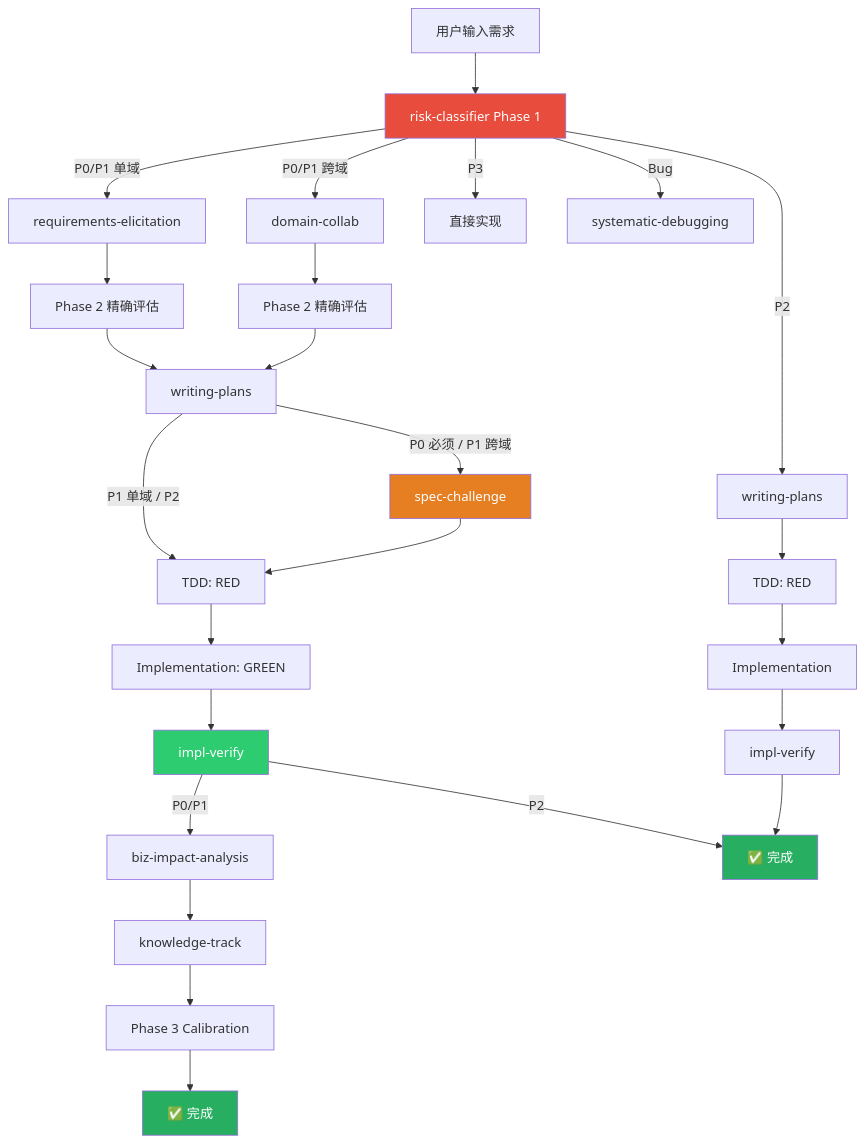
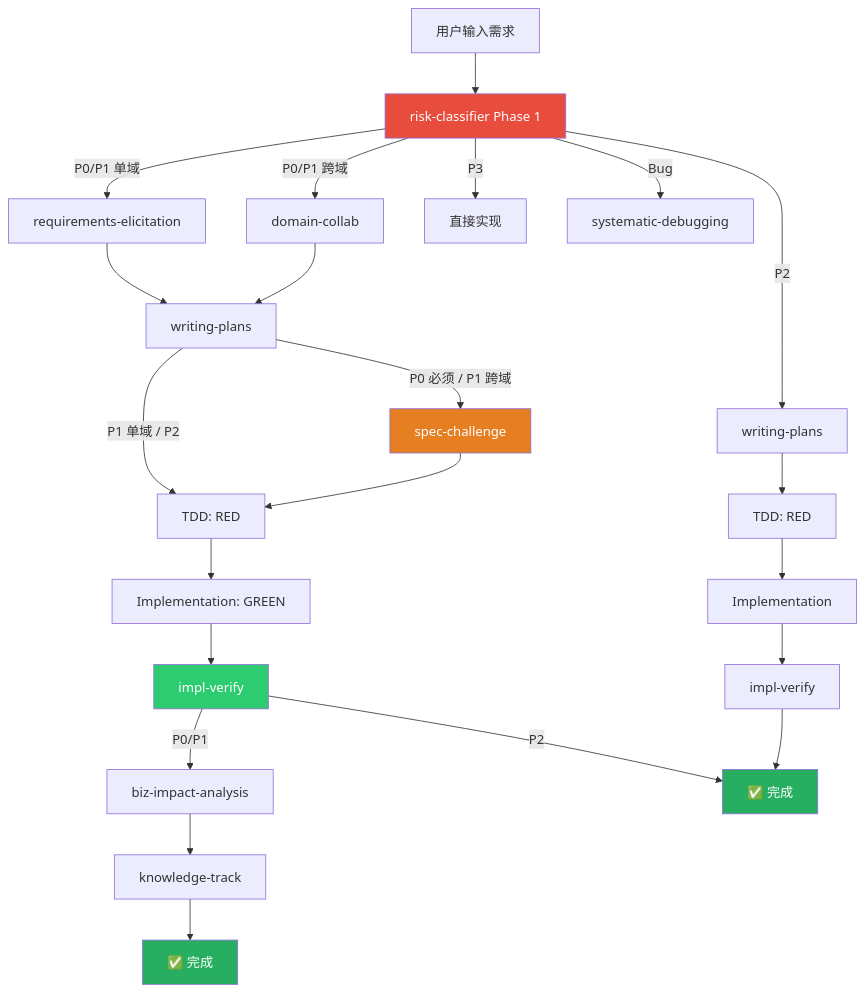
Before and after one commit to Aimeerrhythm/enterprise-change-workflow: the first of 9 diagrams in docs/workflow-execution-flow.md, drawn with Mermaid. The commit also changed other lines of this file and 13 other files, not shown here.

````diff
--- a/docs/workflow-execution-flow.md
+++ b/docs/workflow-execution-flow.md
@@ -11,33 +11,30 @@
 ```mermaid
 flowchart TD
     REQ[用户输入需求] --> RC[risk-classifier Phase 1]
     RC --> |P0/P1 单域| RE[requirements-elicitation]
     RC --> |P0/P1 跨域| DC[domain-collab]
     RC --> |P2| WP2[writing-plans]
     RC --> |P3| IMPL3[直接实现]
     RC --> |Bug| SD[systematic-debugging]
 
-    RE --> PH2A[Phase 2 精确评估]
-    DC --> PH2B[Phase 2 精确评估]
-    PH2A --> WP[writing-plans]
-    PH2B --> WP
+    RE --> WP[writing-plans]
+    DC --> WP
 
     WP --> |P0 必须 / P1 跨域| SC[spec-challenge]
     WP --> |P1 单域 / P2| TDD
     SC --> TDD[TDD: RED]
     TDD --> GREEN[Implementation: GREEN]
     GREEN --> IV[impl-verify]
     IV --> |P0/P1| BIA[biz-impact-analysis]
     BIA --> KT[knowledge-track]
-    KT --> CAL[Phase 3 Calibration]
+    KT --> DONE[✅ 完成]
     IV --> |P2| DONE2[✅ 完成]
-    CAL --> DONE[✅ 完成]
 
     WP2 --> TDD2[TDD: RED] --> GREEN2[Implementation] --> IV2[impl-verify] --> DONE2
 
     style RC fill:#e74c3c,color:#fff
     style SC fill:#e67e22,color:#fff
     style IV fill:#2ecc71,color:#fff
     style DONE fill:#27ae60,color:#fff
     style DONE2 fill:#27ae60,color:#fff
 ```
````
